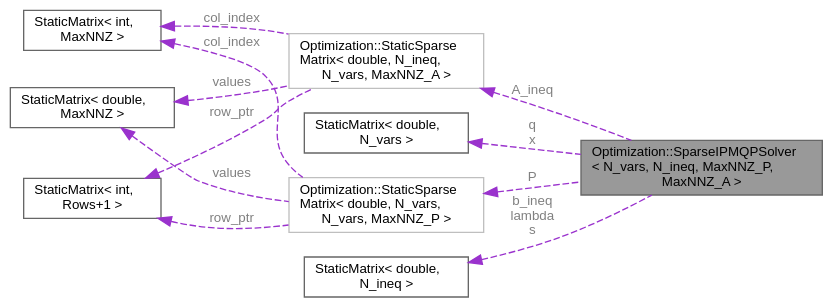
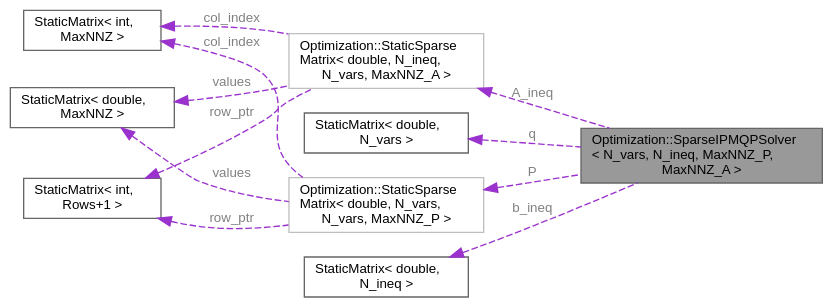
One commit to jswoo0615/Algorithms_for_Optimization_cpp changed the diagram in classOptimization_1_1SparseIPMQPSolver__coll__graph.dot. Above: the diagram before and after it, drawn with Graphviz. The commit also changed 49 other files, not shown here.

```diff
--- a/classOptimization_1_1SparseIPMQPSolver__coll__graph.dot
+++ b/classOptimization_1_1SparseIPMQPSolver__coll__graph.dot
@@ -1,26 +1,26 @@
 digraph "Optimization::SparseIPMQPSolver&lt; N_vars, N_ineq, MaxNNZ_P, MaxNNZ_A &gt;"
 {
  // LATEX_PDF_SIZE
   bgcolor="transparent";
   edge [fontname=Helvetica,fontsize=10,labelfontname=Helvetica,labelfontsize=10];
   node [fontname=Helvetica,fontsize=10,shape=box,height=0.2,width=0.4];
   rankdir="LR";
-  Node1 [id="Node000001",label="Optimization::SparseIPMQPSolver\l\< N_vars, N_ineq, MaxNNZ_P,\l MaxNNZ_A \>",height=0.2,width=0.4,color="gray40", fillcolor="grey60", style="filled", fontcolor="black",tooltip="희소 행렬(Sparse Matrix) 기반 내부 점 기법 (Interior Point Method) QP 솔버"];
+  Node1 [id="Node000001",label="Optimization::SparseIPMQPSolver\l\< N_vars, N_ineq, MaxNNZ_P,\l MaxNNZ_A \>",height=0.2,width=0.4,color="gray40", fillcolor="grey60", style="filled", fontcolor="black",tooltip=" "];
   Node2 -> Node1 [id="edge1_Node000001_Node000002",dir="back",color="darkorchid3",style="dashed",tooltip=" ",label=" P",fontcolor="grey" ];
   Node2 [id="Node000002",label="Optimization::StaticSparse\lMatrix\< double, N_vars,\l N_vars, MaxNNZ_P \>",height=0.2,width=0.4,color="grey75", fillcolor="white", style="filled",URL="$classOptimization_1_1StaticSparseMatrix.html",tooltip=" "];
   Node3 -> Node2 [id="edge2_Node000002_Node000003",dir="back",color="darkorchid3",style="dashed",tooltip=" ",label=" values",fontcolor="grey" ];
   Node3 [id="Node000003",label="StaticMatrix\< double,\l MaxNNZ \>",height=0.2,width=0.4,color="gray40", fillcolor="white", style="filled",URL="$classStaticMatrix.html",tooltip=" "];
   Node4 -> Node2 [id="edge3_Node000002_Node000004",dir="back",color="darkorchid3",style="dashed",tooltip=" ",label=" col_index",fontcolor="grey" ];
   Node4 [id="Node000004",label="StaticMatrix\< int,\l MaxNNZ \>",height=0.2,width=0.4,color="gray40", fillcolor="white", style="filled",URL="$classStaticMatrix.html",tooltip=" "];
   Node5 -> Node2 [id="edge4_Node000002_Node000005",dir="back",color="darkorchid3",style="dashed",tooltip=" ",label=" row_ptr",fontcolor="grey" ];
   Node5 [id="Node000005",label="StaticMatrix\< int,\l Rows+1 \>",height=0.2,width=0.4,color="gray40", fillcolor="white", style="filled",URL="$classStaticMatrix.html",tooltip=" "];
-  Node6 -> Node1 [id="edge5_Node000001_Node000006",dir="back",color="darkorchid3",style="dashed",tooltip=" ",label=" q\nx",fontcolor="grey" ];
+  Node6 -> Node1 [id="edge5_Node000001_Node000006",dir="back",color="darkorchid3",style="dashed",tooltip=" ",label=" q",fontcolor="grey" ];
   Node6 [id="Node000006",label="StaticMatrix\< double,\l N_vars \>",height=0.2,width=0.4,color="gray40", fillcolor="white", style="filled",URL="$classStaticMatrix.html",tooltip=" "];
   Node7 -> Node1 [id="edge6_Node000001_Node000007",dir="back",color="darkorchid3",style="dashed",tooltip=" ",label=" A_ineq",fontcolor="grey" ];
   Node7 [id="Node000007",label="Optimization::StaticSparse\lMatrix\< double, N_ineq,\l N_vars, MaxNNZ_A \>",height=0.2,width=0.4,color="grey75", fillcolor="white", style="filled",URL="$classOptimization_1_1StaticSparseMatrix.html",tooltip=" "];
   Node3 -> Node7 [id="edge7_Node000007_Node000003",dir="back",color="darkorchid3",style="dashed",tooltip=" ",label=" values",fontcolor="grey" ];
   Node4 -> Node7 [id="edge8_Node000007_Node000004",dir="back",color="darkorchid3",style="dashed",tooltip=" ",label=" col_index",fontcolor="grey" ];
   Node5 -> Node7 [id="edge9_Node000007_Node000005",dir="back",color="darkorchid3",style="dashed",tooltip=" ",label=" row_ptr",fontcolor="grey" ];
-  Node8 -> Node1 [id="edge10_Node000001_Node000008",dir="back",color="darkorchid3",style="dashed",tooltip=" ",label=" b_ineq\nlambda\ns",fontcolor="grey" ];
+  Node8 -> Node1 [id="edge10_Node000001_Node000008",dir="back",color="darkorchid3",style="dashed",tooltip=" ",label=" b_ineq",fontcolor="grey" ];
   Node8 [id="Node000008",label="StaticMatrix\< double,\l N_ineq \>",height=0.2,width=0.4,color="gray40", fillcolor="white", style="filled",URL="$classStaticMatrix.html",tooltip=" "];
 }
```
